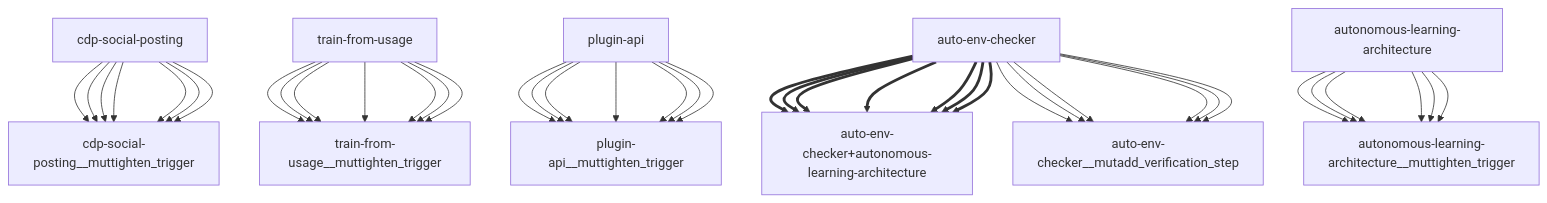
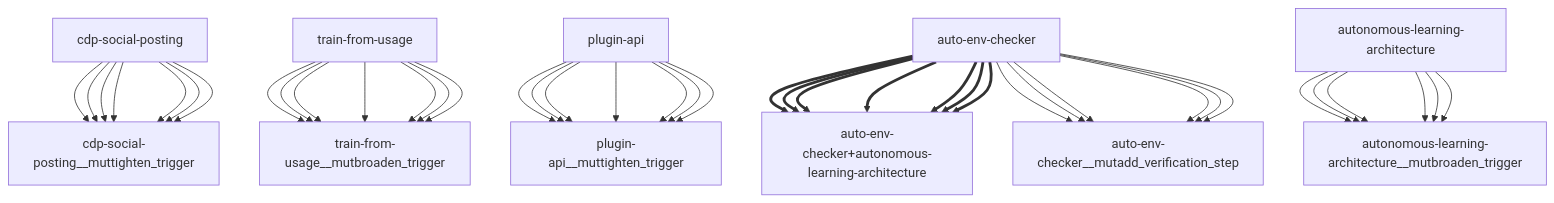
One commit to openamer/openamer changed the diagram in reports/darwin-report.md. Above: the diagram before and after it, drawn with Mermaid. The commit also changed other lines of this file and 66 other files, not shown here.

````diff
--- a/reports/darwin-report.md
+++ b/reports/darwin-report.md
@@ -65,43 +66,43 @@
 ```mermaid
 graph TD
     cdp-social-posting["cdp-social-posting"] --> cdp-social-posting__muttighten_trigger["cdp-social-posting__muttighten_trigger"]
-    train-from-usage["train-from-usage"] --> train-from-usage__muttighten_trigger["train-from-usage__muttighten_trigger"]
+    train-from-usage["train-from-usage"] --> train-from-usage__mutbroaden_trigger["train-from-usage__mutbroaden_trigger"]
     plugin-api["plugin-api"] --> plugin-api__muttighten_trigger["plugin-api__muttighten_trigger"]
     auto-env-checker["auto-env-checker"] ==> auto-env-checker+autonomous-learning-architecture["auto-env-checker+autonomous-learning-architecture"]
     auto-env-checker["auto-env-checker"] --> auto-env-checker__mutadd_verification_step["auto-env-checker__mutadd_verification_step"]
-    autonomous-learning-architecture["autonomous-learning-architecture"] --> autonomous-learning-architecture__muttighten_trigger["autonomous-learning-architecture__muttighten_trigger"]
+    autonomous-learning-architecture["autonomous-learning-architecture"] --> autonomous-learning-architecture__mutbroaden_trigger["autonomous-learning-architecture__mutbroaden_trigger"]
     cdp-social-posting["cdp-social-posting"] --> cdp-social-posting__muttighten_trigger["cdp-social-posting__muttighten_trigger"]
-    train-from-usage["train-from-usage"] --> train-from-usage__muttighten_trigger["train-from-usage__muttighten_trigger"]
+    train-from-usage["train-from-usage"] --> train-from-usage__mutbroaden_trigger["train-from-usage__mutbroaden_trigger"]
     plugin-api["plugin-api"] --> plugin-api__muttighten_trigger["plugin-api__muttighten_trigger"]
     auto-env-checker["auto-env-checker"] ==> auto-env-checker+autonomous-learning-architecture["auto-env-checker+autonomous-learning-architecture"]
     auto-env-checker["auto-env-checker"] --> auto-env-checker__mutadd_verification_step["auto-env-checker__mutadd_verification_step"]
-    autonomous-learning-architecture["autonomous-learning-architecture"] --> autonomous-learning-architecture__muttighten_trigger["autonomous-learning-architecture__muttighten_trigger"]
+    autonomous-learning-architecture["autonomous-learning-architecture"] --> autonomous-learning-architecture__mutbroaden_trigger["autonomous-learning-architecture__mutbroaden_trigger"]
     cdp-social-posting["cdp-social-posting"] --> cdp-social-posting__muttighten_trigger["cdp-social-posting__muttighten_trigger"]
-    train-from-usage["train-from-usage"] --> train-from-usage__muttighten_trigger["train-from-usage__muttighten_trigger"]
+    train-from-usage["train-from-usage"] --> train-from-usage__mutbroaden_trigger["train-from-usage__mutbroaden_trigger"]
     plugin-api["plugin-api"] --> plugin-api__muttighten_trigger["plugin-api__muttighten_trigger"]
     auto-env-checker["auto-env-checker"] ==> auto-env-checker+autonomous-learning-architecture["auto-env-checker+autonomous-learning-architecture"]
     auto-env-checker["auto-env-checker"] --> auto-env-checker__mutadd_verification_step["auto-env-checker__mutadd_verification_step"]
-    autonomous-learning-architecture["autonomous-learning-architecture"] --> autonomous-learning-architecture__muttighten_trigger["autonomous-learning-architecture__muttighten_trigger"]
+    autonomous-learning-architecture["autonomous-learning-architecture"] --> autonomous-learning-architecture__mutbroaden_trigger["autonomous-learning-architecture__mutbroaden_trigger"]
     cdp-social-posting["cdp-social-posting"] --> cdp-social-posting__muttighten_trigger["cdp-social-posting__muttighten_trigger"]
-    train-from-usage["train-from-usage"] --> train-from-usage__muttighten_trigger["train-from-usage__muttighten_trigger"]
+    train-from-usage["train-from-usage"] --> train-from-usage__mutbroaden_trigger["train-from-usage__mutbroaden_trigger"]
     plugin-api["plugin-api"] --> plugin-api__muttighten_trigger["plugin-api__muttighten_trigger"]
     auto-env-checker["auto-env-checker"] ==> auto-env-checker+autonomous-learning-architecture["auto-env-checker+autonomous-learning-architecture"]
     auto-env-checker["auto-env-checker"] --> auto-env-checker__mutadd_verification_step["auto-env-checker__mutadd_verification_step"]
-    autonomous-learning-architecture["autonomous-learning-architecture"] --> autonomous-learning-architecture__muttighten_trigger["autonomous-learning-architecture__muttighten_trigger"]
+    autonomous-learning-architecture["autonomous-learning-architecture"] --> autonomous-learning-architecture__mutbroaden_trigger["autonomous-learning-architecture__mutbroaden_trigger"]
     cdp-social-posting["cdp-social-posting"] --> cdp-social-posting__muttighten_trigger["cdp-social-posting__muttighten_trigger"]
-    train-from-usage["train-from-usage"] --> train-from-usage__muttighten_trigger["train-from-usage__muttighten_trigger"]
+    train-from-usage["train-from-usage"] --> train-from-usage__mutbroaden_trigger["train-from-usage__mutbroaden_trigger"]
     plugin-api["plugin-api"] --> plugin-api__muttighten_trigger["plugin-api__muttighten_trigger"]
     auto-env-checker["auto-env-checker"] ==> auto-env-checker+autonomous-learning-architecture["auto-env-checker+autonomous-learning-architecture"]
     auto-env-checker["auto-env-checker"] --> auto-env-checker__mutadd_verification_step["auto-env-checker__mutadd_verification_step"]
-    autonomous-learning-architecture["autonomous-learning-architecture"] --> autonomous-learning-architecture__muttighten_trigger["autonomous-learning-architecture__muttighten_trigger"]
+    autonomous-learning-architecture["autonomous-learning-architecture"] --> autonomous-learning-architecture__mutbroaden_trigger["autonomous-learning-architecture__mutbroaden_trigger"]
     cdp-social-posting["cdp-social-posting"] --> cdp-social-posting__muttighten_trigger["cdp-social-posting__muttighten_trigger"]
-    train-from-usage["train-from-usage"] --> train-from-usage__muttighten_trigger["train-from-usage__muttighten_trigger"]
+    train-from-usage["train-from-usage"] --> train-from-usage__mutbroaden_trigger["train-from-usage__mutbroaden_trigger"]
     plugin-api["plugin-api"] --> plugin-api__muttighten_trigger["plugin-api__muttighten_trigger"]
     auto-env-checker["auto-env-checker"] ==> auto-env-checker+autonomous-learning-architecture["auto-env-checker+autonomous-learning-architecture"]
     auto-env-checker["auto-env-checker"] --> auto-env-checker__mutadd_verification_step["auto-env-checker__mutadd_verification_step"]
-    autonomous-learning-architecture["autonomous-learning-architecture"] --> autonomous-learning-architecture__muttighten_trigger["autonomous-learning-architecture__muttighten_trigger"]
+    autonomous-learning-architecture["autonomous-learning-architecture"] --> autonomous-learning-architecture__mutbroaden_trigger["autonomous-learning-architecture__mutbroaden_trigger"]
     cdp-social-posting["cdp-social-posting"] --> cdp-social-posting__muttighten_trigger["cdp-social-posting__muttighten_trigger"]
-    train-from-usage["train-from-usage"] --> train-from-usage__muttighten_trigger["train-from-usage__muttighten_trigger"]
+    train-from-usage["train-from-usage"] --> train-from-usage__mutbroaden_trigger["train-from-usage__mutbroaden_trigger"]
     plugin-api["plugin-api"] --> plugin-api__muttighten_trigger["plugin-api__muttighten_trigger"]
     auto-env-checker["auto-env-checker"] ==> auto-env-checker+autonomous-learning-architecture["auto-env-checker+autonomous-learning-architecture"]
 ```
````
